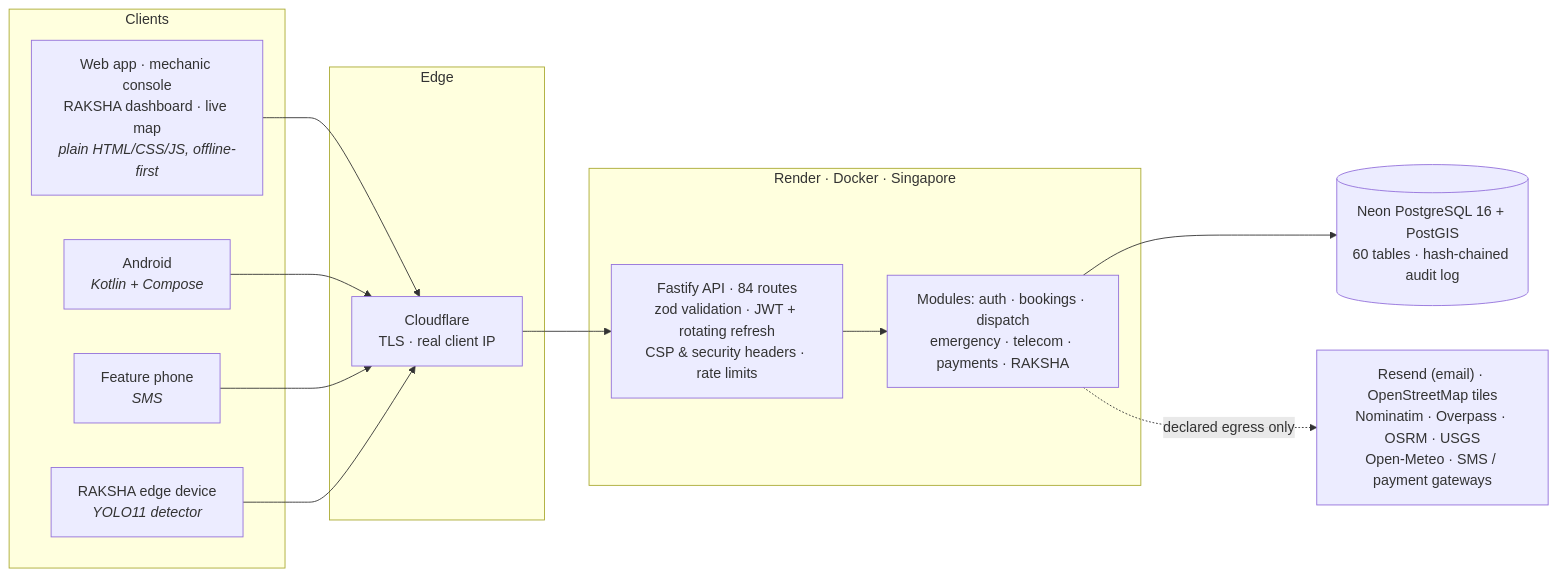
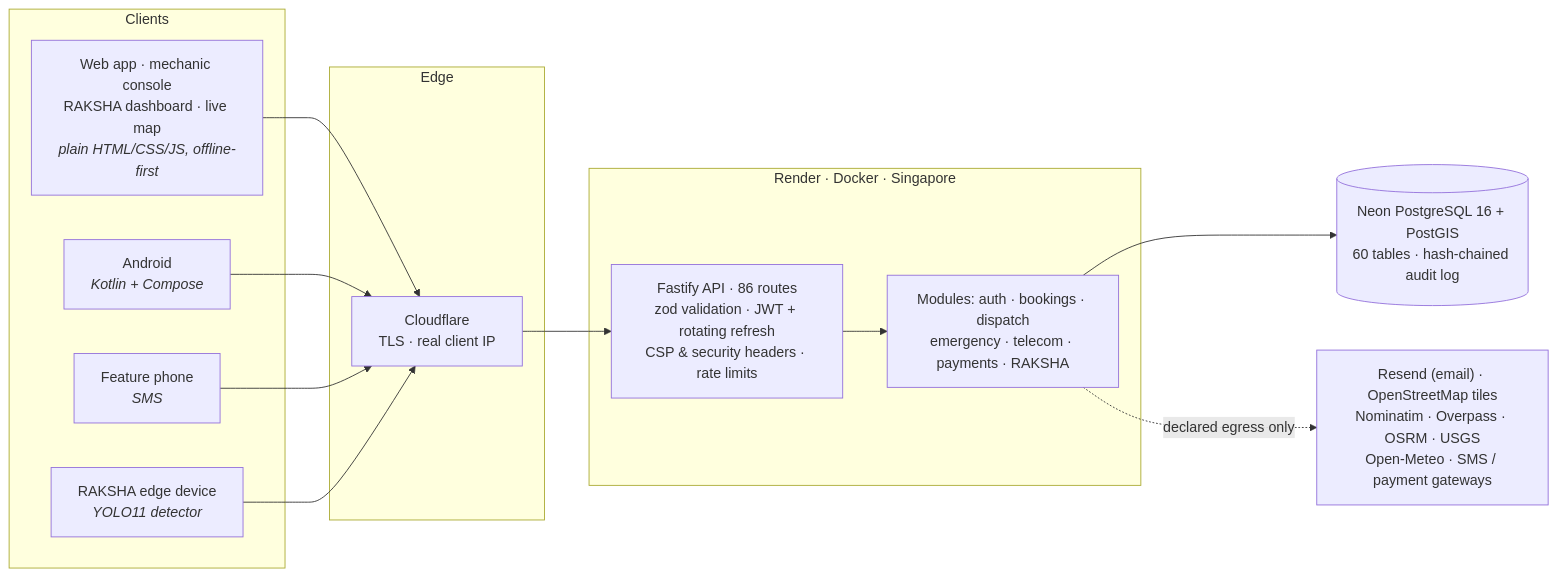
Before and after one commit to saatwik-1157/roadassist-bharat: the diagram in README.md, drawn with Mermaid. The commit also changed other lines of this file and 77 other files, not shown here.

````diff
--- a/README.md
+++ b/README.md
@@ -187,26 +187,26 @@
 ```mermaid
 flowchart LR
   subgraph Clients
     W["Web app · mechanic console<br/>RAKSHA dashboard · live map<br/><i>plain HTML/CSS/JS, offline-first</i>"]
     A["Android<br/><i>Kotlin + Compose</i>"]
     F["Feature phone<br/><i>SMS</i>"]
     E["RAKSHA edge device<br/><i>YOLO11 detector</i>"]
   end
 
   subgraph Edge
     CF["Cloudflare<br/>TLS · real client IP"]
   end
 
   subgraph Render["Render · Docker · Singapore"]
-    API["Fastify API · 84 routes<br/>zod validation · JWT + rotating refresh<br/>CSP & security headers · rate limits"]
+    API["Fastify API · 86 routes<br/>zod validation · JWT + rotating refresh<br/>CSP & security headers · rate limits"]
     MOD["Modules: auth · bookings · dispatch<br/>emergency · telecom · payments · RAKSHA"]
     API --> MOD
   end
 
   DB[("Neon PostgreSQL 16 + PostGIS<br/>60 tables · hash-chained audit log")]
   X["Resend (email) · OpenStreetMap tiles<br/>Nominatim · Overpass · OSRM · USGS<br/>Open-Meteo · SMS / payment gateways"]
 
   W & A & F & E --> CF --> API
   MOD --> DB
   MOD -. declared egress only .-> X
 ```
````
